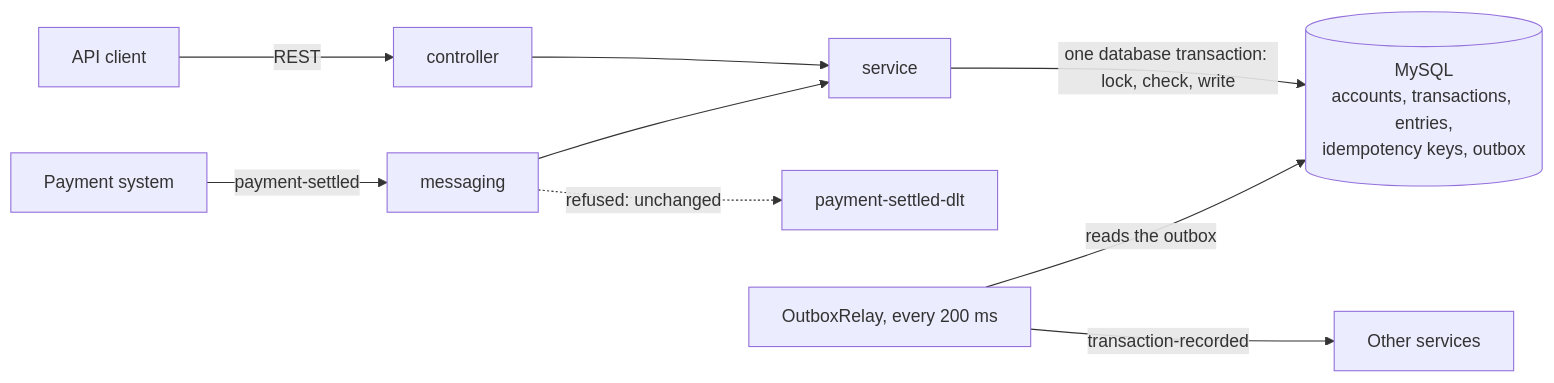
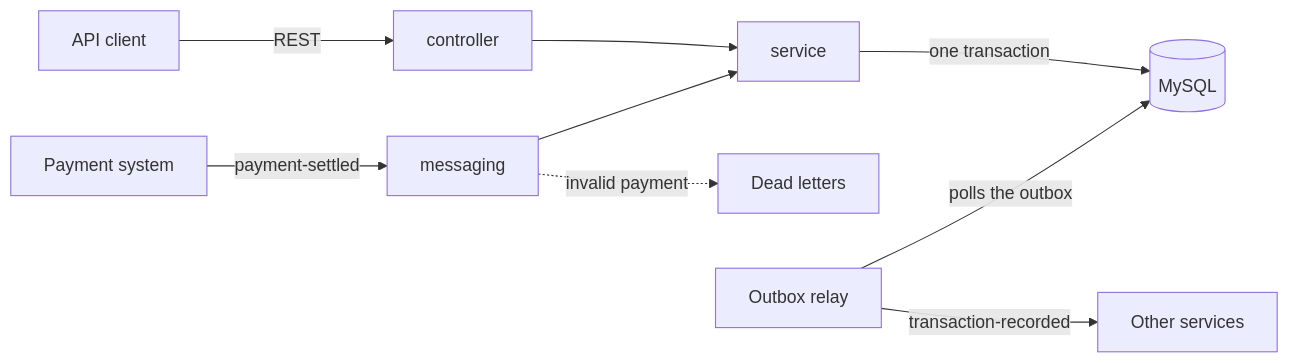
The diagram in README.md (Daniel296/ledger-api), drawn with Mermaid before and after one commit. The commit also changed other lines of this file, not shown here.

Commit message:
Shorten the labels of the design diagram

````diff
--- a/README.md
+++ b/README.md
@@ -175,12 +175,11 @@
 ```mermaid
 flowchart LR
     client["API client"] -->|REST| controller
     payments["Payment system"] -->|payment-settled| messaging
     controller --> service
     messaging --> service
-    messaging -.->|"refused: unchanged"| dlt["payment-settled-dlt"]
-    mysql[("MySQL<br/>accounts, transactions, entries,<br/>idempotency keys, outbox")]
-    service -->|"one database transaction: lock, check, write"| mysql
-    relay["OutboxRelay, every 200 ms"] -->|reads the outbox| mysql
+    messaging -.->|invalid payment| dlt["Dead letters"]
+    service -->|one transaction| mysql[("MySQL")]
+    relay["Outbox relay"] -->|polls the outbox| mysql
     relay -->|transaction-recorded| consumers["Other services"]
 ```
````
